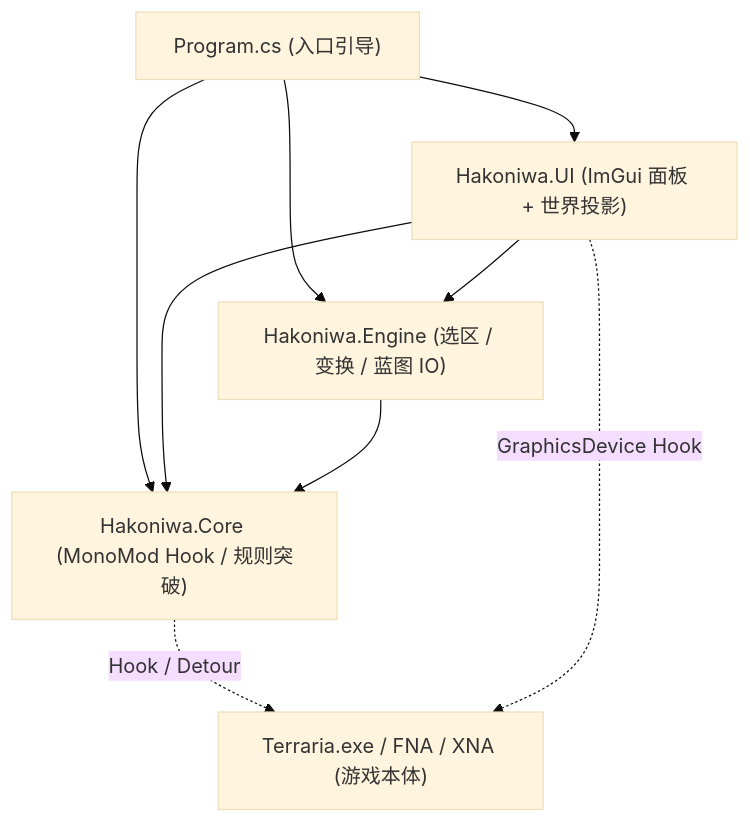
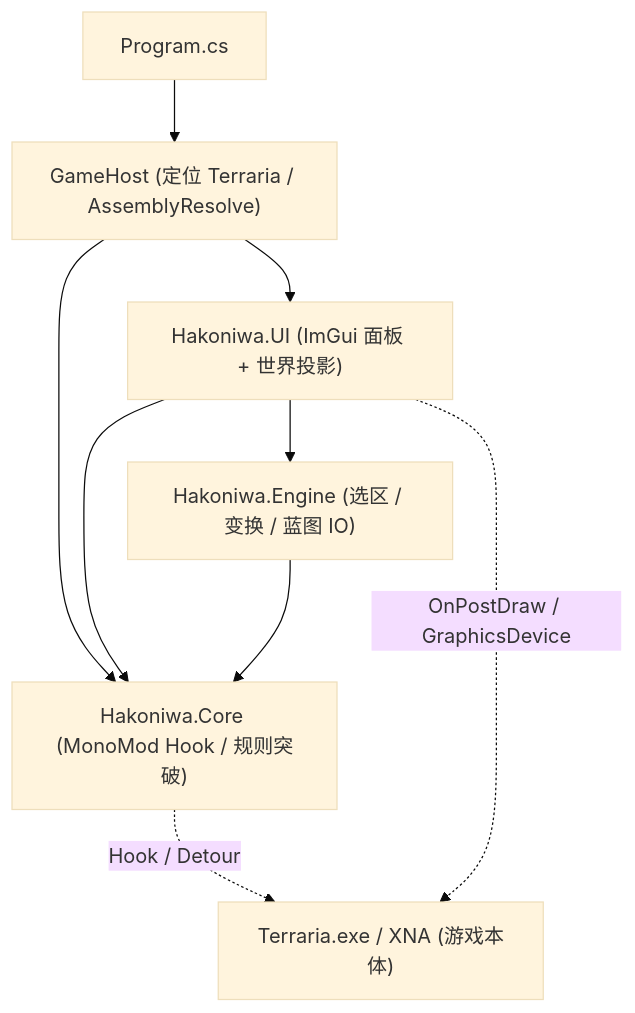
The diagram in ARCHITECTURE.md (Megghy/Hakoniwa), drawn with Mermaid (base theme) before and after one commit. The commit also changed other lines of this file and 20 other files, not shown here.

First line of the commit message:
✨ feat(engine): 添加蓝图实体支持与新编辑工具

````diff
--- a/ARCHITECTURE.md
+++ b/ARCHITECTURE.md
@@ -16,17 +16,18 @@
 ```mermaid
 flowchart TD
-    Program["Program.cs (入口引导)"]
+    Program["Program.cs"]
+    Host["GameHost (定位 Terraria / AssemblyResolve)"]
     UI["Hakoniwa.UI (ImGui 面板 + 世界投影)"]
     Engine["Hakoniwa.Engine (选区 / 变换 / 蓝图 IO)"]
     Core["Hakoniwa.Core (MonoMod Hook / 规则突破)"]
-    Game["Terraria.exe / FNA / XNA (游戏本体)"]
+    Game["Terraria.exe / XNA (游戏本体)"]
 
-    Program --> UI
-    Program --> Engine
-    Program --> Core
+    Program --> Host
+    Host --> Core
+    Host --> UI
     UI --> Engine
     UI --> Core
     Engine --> Core
     Core -. Hook / Detour .-> Game
-    UI -. GraphicsDevice Hook .-> Game
+    UI -. OnPostDraw / GraphicsDevice .-> Game
 ```
````
